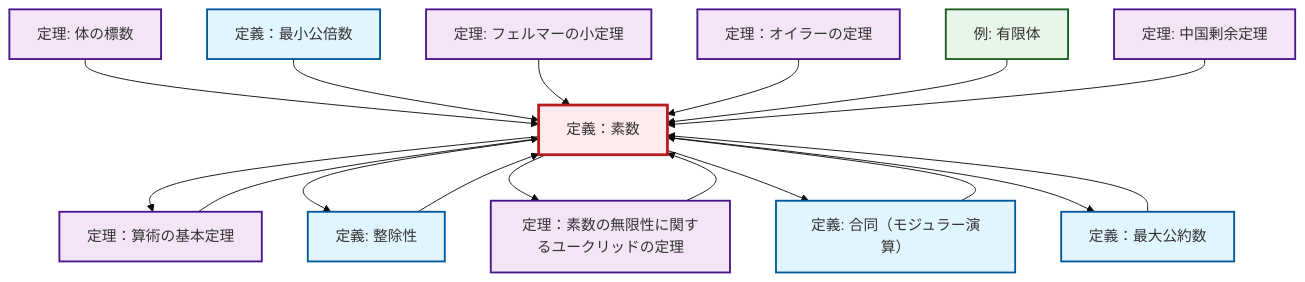
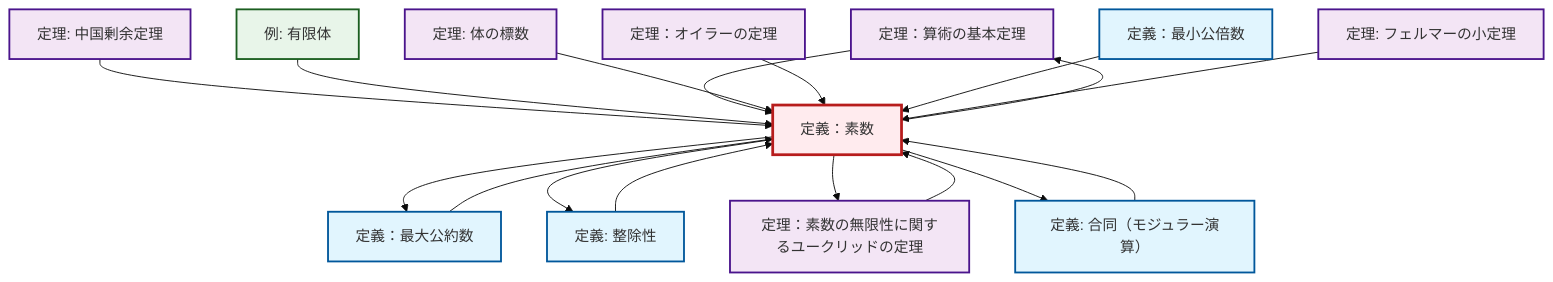
Before and after one commit to RK0429/ModernMath: the diagram in content/ja/number-theory/def-prime.qmd, drawn with Mermaid (base theme). The commit also changed other lines of this file and 328 other files, not shown here.

````diff
--- a/content/ja/number-theory/def-prime.qmd
+++ b/content/ja/number-theory/def-prime.qmd
@@ -66,49 +66,49 @@
 ```{mermaid}
 %%| fig-cap: "ローカル依存関係グラフ"
 graph TD
     classDef definition fill:#e1f5fe,stroke:#01579b,stroke-width:2px
     classDef theorem fill:#f3e5f5,stroke:#4a148c,stroke-width:2px
     classDef axiom fill:#fff3e0,stroke:#e65100,stroke-width:2px
     classDef example fill:#e8f5e9,stroke:#1b5e20,stroke-width:2px
     classDef current fill:#ffebee,stroke:#b71c1c,stroke-width:3px
+    thm-fundamental-arithmetic["定理：算術の基本定理"]:::theorem
+    thm-chinese-remainder["定理: 中国剰余定理"]:::theorem
+    thm-euler["定理：オイラーの定理"]:::theorem
+    thm-field-characteristic["定理: 体の標数"]:::theorem
     def-lcm["定義：最小公倍数"]:::definition
-    thm-fundamental-arithmetic["定理：算術の基本定理"]:::theorem
     thm-fermat-little["定理: フェルマーの小定理"]:::theorem
-    thm-field-characteristic["定理: 体の標数"]:::theorem
-    thm-euler["定理：オイラーの定理"]:::theorem
+    def-divisibility["定義: 整除性"]:::definition
+    def-congruence["定義: 合同（モジュラー演算）"]:::definition
+    def-gcd["定義：最大公約数"]:::definition
     thm-euclid-infinitude-primes["定理：素数の無限性に関するユークリッドの定理"]:::theorem
-    def-congruence["定義: 合同（モジュラー演算）"]:::definition
+    def-prime["定義：素数"]:::definition
     ex-finite-field["例: 有限体"]:::example
-    def-prime["定義：素数"]:::definition
-    def-gcd["定義：最大公約数"]:::definition
-    thm-chinese-remainder["定理: 中国剰余定理"]:::theorem
-    def-divisibility["定義: 整除性"]:::definition
     def-congruence --> def-prime
+    thm-chinese-remainder --> def-prime
+    ex-finite-field --> def-prime
+    def-divisibility --> def-prime
+    def-prime --> def-gcd
+    def-prime --> thm-fundamental-arithmetic
+    thm-fundamental-arithmetic --> def-prime
+    def-prime --> def-divisibility
+    thm-field-characteristic --> def-prime
+    def-prime --> thm-euclid-infinitude-primes
+    def-prime --> def-congruence
+    thm-euler --> def-prime
     def-gcd --> def-prime
-    thm-field-characteristic --> def-prime
+    thm-euclid-infinitude-primes --> def-prime
     def-lcm --> def-prime
     thm-fermat-little --> def-prime
-    thm-fundamental-arithmetic --> def-prime
-    def-divisibility --> def-prime
-    def-prime --> thm-fundamental-arithmetic
-    def-prime --> def-divisibility
-    thm-euclid-infinitude-primes --> def-prime
-    def-prime --> thm-euclid-infinitude-primes
-    thm-euler --> def-prime
-    def-prime --> def-congruence
-    def-prime --> def-gcd
-    ex-finite-field --> def-prime
-    thm-chinese-remainder --> def-prime
     class def-prime current
+    click thm-fundamental-arithmetic "thm-fundamental-arithmetic.html" "定理：算術の基本定理へ"
+    click thm-chinese-remainder "thm-chinese-remainder.html" "中国剰余定理の定理へ"
+    click thm-euler "thm-euler.html" "定理：オイラーの定理へ"
+    click thm-field-characteristic "thm-field-characteristic.html" "体の標数の定理へ"
     click def-lcm "def-lcm.html" "定義：最小公倍数へ"
-    click thm-fundamental-arithmetic "thm-fundamental-arithmetic.html" "定理：算術の基本定理へ"
     click thm-fermat-little "thm-fermat-little.html" "フェルマーの小定理の定理へ"
-    click thm-field-characteristic "thm-field-characteristic.html" "体の標数の定理へ"
-    click thm-euler "thm-euler.html" "定理：オイラーの定理へ"
+    click def-divisibility "def-divisibility.html" "整除性の定義へ"
+    click def-congruence "def-congruence.html" "合同（モジュラー演算）の定義へ"
+    click def-gcd "def-gcd.html" "定義：最大公約数へ"
     click thm-euclid-infinitude-primes "thm-euclid-infinitude-primes.html" "定理：素数の無限性に関するユークリッドの定理へ"
-    click def-congruence "def-congruence.html" "合同（モジュラー演算）の定義へ"
     click ex-finite-field "ex-finite-field.html" "有限体の例へ"
-    click def-gcd "def-gcd.html" "定義：最大公約数へ"
-    click thm-chinese-remainder "thm-chinese-remainder.html" "中国剰余定理の定理へ"
-    click def-divisibility "def-divisibility.html" "整除性の定義へ"
 ```
````
